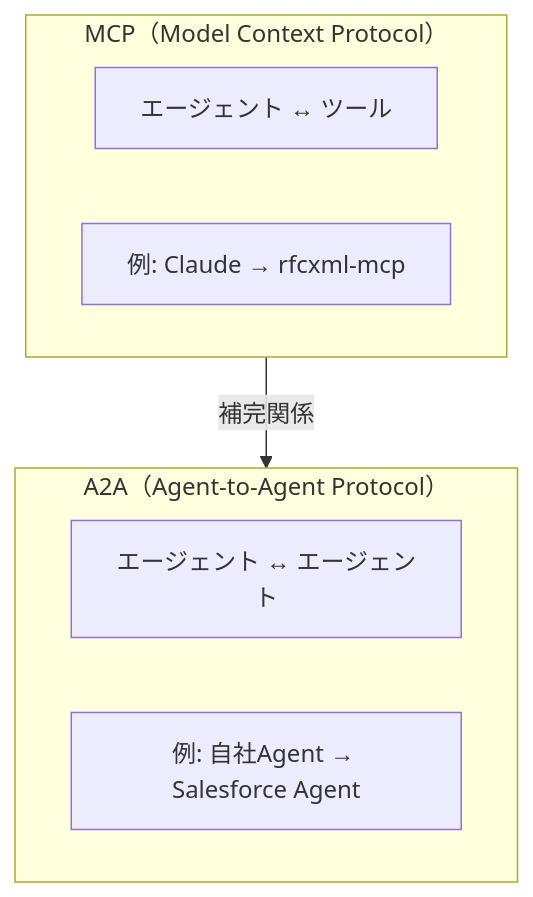
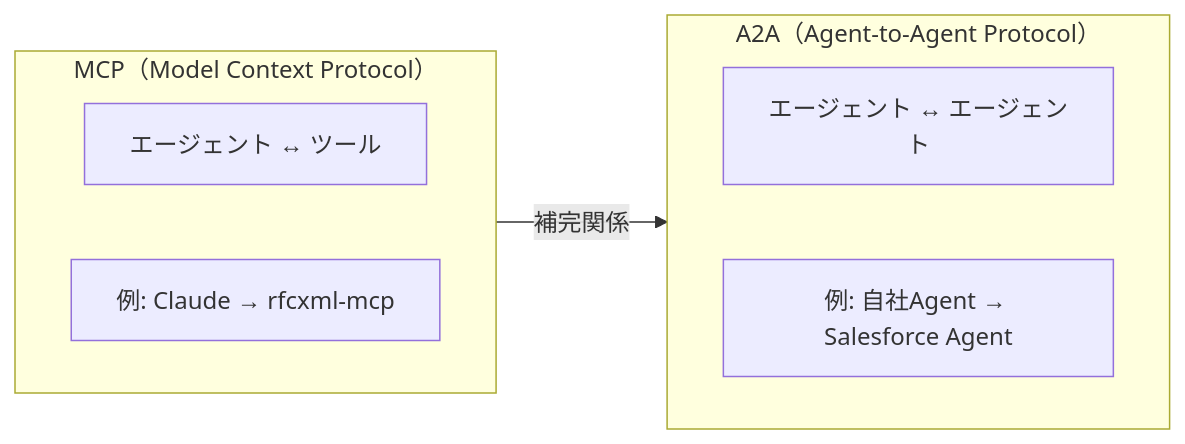
The third of 9 diagrams in docs/concepts/03-architecture.ja.md (shuji-bonji/ai-agent-architecture), drawn with Mermaid before and after one commit. The commit also changed other lines of this file and 13 other files, not shown here.

Commit message:
fix: Mermaidダイアグラム図の改善

````diff
--- a/docs/concepts/03-architecture.ja.md
+++ b/docs/concepts/03-architecture.ja.md
@@ -140,14 +146,16 @@
 ```mermaid
-graph TB
+graph LR
     subgraph MCP["MCP（Model Context Protocol）"]
+    direction LR
         MCP_DESC["エージェント ↔ ツール"]
         MCP_EXAMPLE["例: Claude → rfcxml-mcp"]
     end
 
     subgraph A2A["A2A（Agent-to-Agent Protocol）"]
+    direction LR
         A2A_DESC["エージェント ↔ エージェント"]
         A2A_EXAMPLE["例: 自社Agent → Salesforce Agent"]
     end
 
     MCP -->|補完関係| A2A
 ```
````
